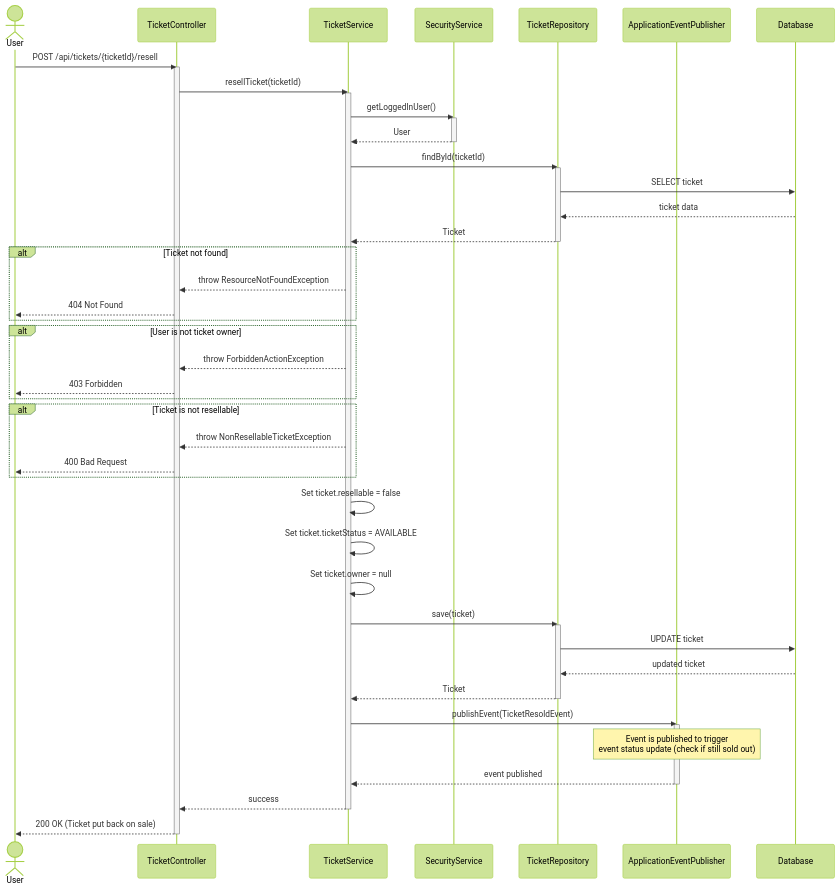
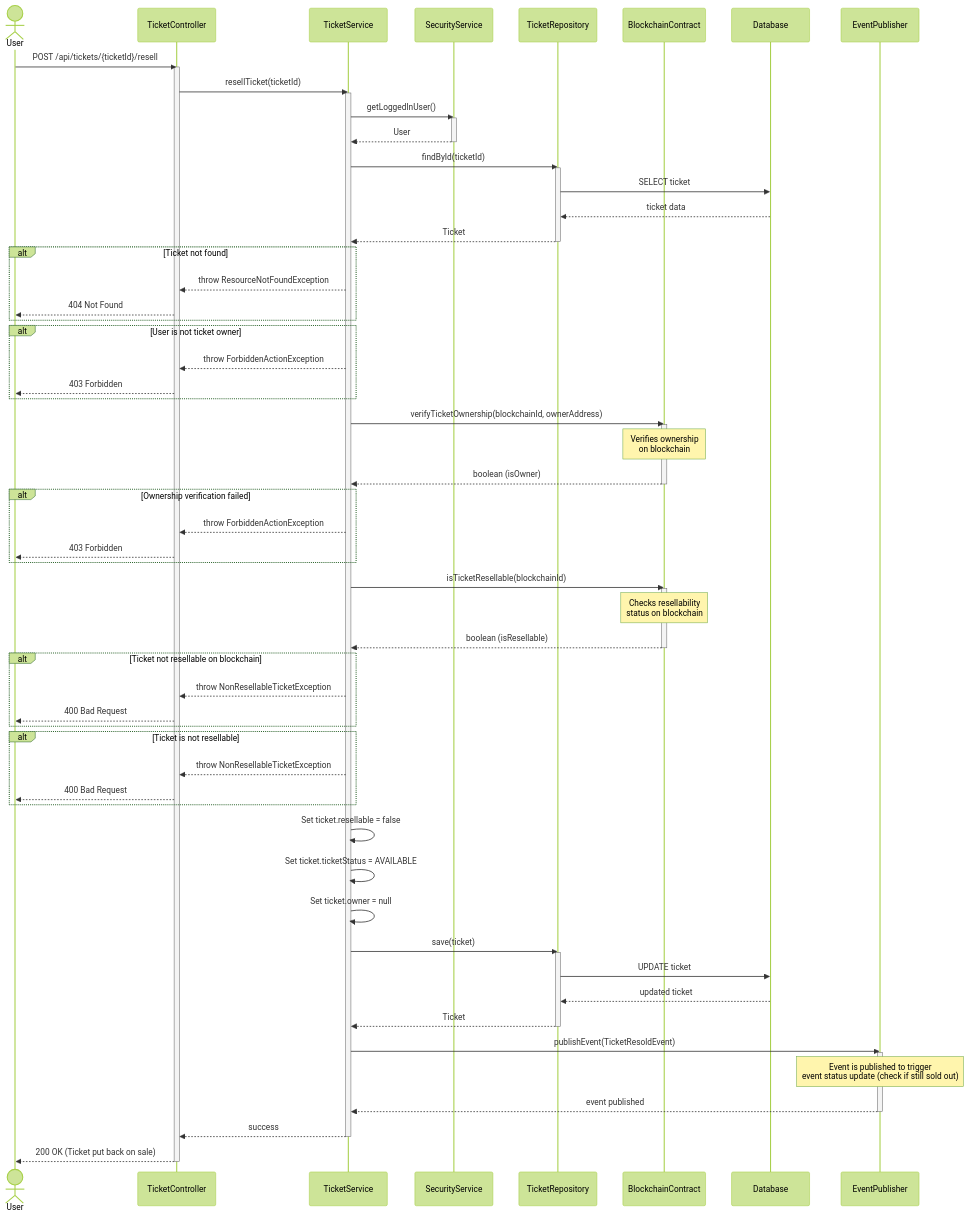
The diagram in docs/sequence-ticket-resale.md (s-lusito/TicketBlock-Ing_Sw), drawn with Mermaid (forest theme) before and after one commit. The commit also changed 5 other files, not shown here.

Commit message:
Update UML diagrams to reflect blockchain verification changes from main

```diff
--- a/docs/sequence-ticket-resale.md
+++ b/docs/sequence-ticket-resale.md
@@ -9,7 +9,7 @@
     participant Service as TicketService
     participant SecurityService
     participant TicketRepo as TicketRepository
-    participant EventPublisher as ApplicationEventPublisher
+    participant TicketContract as BlockchainContract
     participant DB as Database
 
     User->>Controller: POST /api/tickets/{ticketId}/resell
@@ -40,6 +40,28 @@
         Controller-->>User: 403 Forbidden
     end
     
+    Service->>TicketContract: verifyTicketOwnership(blockchainId, ownerAddress)
+    activate TicketContract
+    Note over TicketContract: Verifies ownership<br/>on blockchain
+    TicketContract-->>Service: boolean (isOwner)
+    deactivate TicketContract
+    
+    alt Ownership verification failed
+        Service-->>Controller: throw ForbiddenActionException
+        Controller-->>User: 403 Forbidden
+    end
+    
+    Service->>TicketContract: isTicketResellable(blockchainId)
+    activate TicketContract
+    Note over TicketContract: Checks resellability<br/>status on blockchain
+    TicketContract-->>Service: boolean (isResellable)
+    deactivate TicketContract
+    
+    alt Ticket not resellable on blockchain
+        Service-->>Controller: throw NonResellableTicketException
+        Controller-->>User: 400 Bad Request
+    end
+    
     alt Ticket is not resellable
         Service-->>Controller: throw NonResellableTicketException
         Controller-->>User: 400 Bad Request
```
